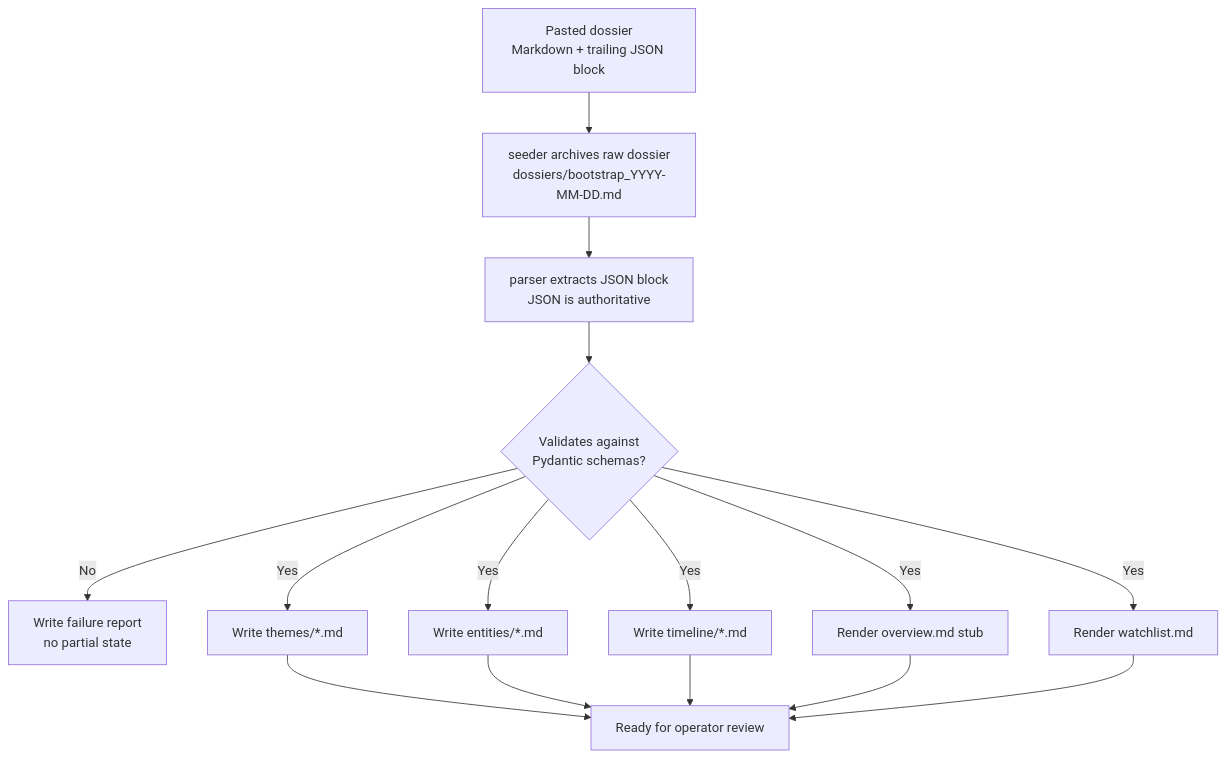
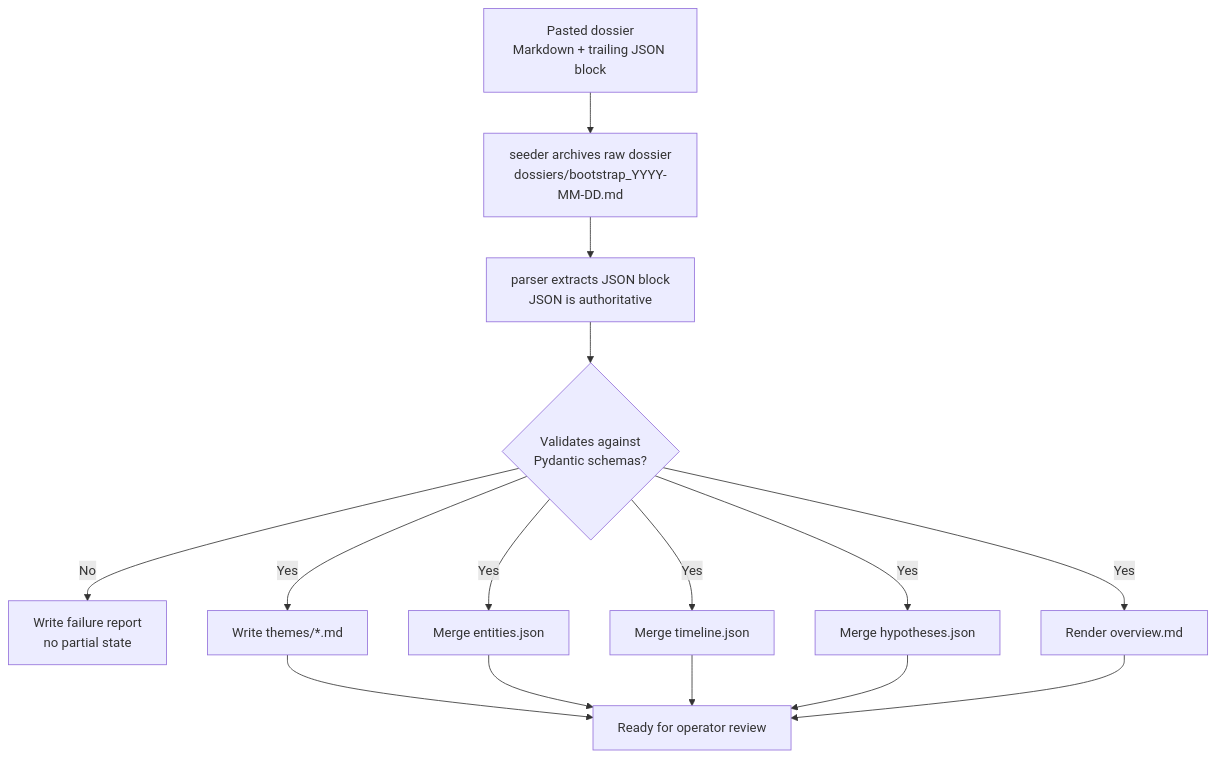
The diagram in docs/diagrams/bootstrap_parser_pipeline.md (jmamath/distill), drawn with Mermaid before and after one commit. The commit also changed 24 other files, not shown here.

````diff
--- a/docs/diagrams/bootstrap_parser_pipeline.md
+++ b/docs/diagrams/bootstrap_parser_pipeline.md
@@ -5,17 +5,17 @@
 ```mermaid
 flowchart TD
     A[Pasted dossier<br/>Markdown + trailing JSON block] --> B[seeder archives raw dossier<br/>dossiers/bootstrap_YYYY-MM-DD.md]
     B --> C[parser extracts JSON block<br/>JSON is authoritative]
     C --> D{Validates against<br/>Pydantic schemas?}
     D -->|No| E[Write failure report<br/>no partial state]
     D -->|Yes| F[Write themes/*.md]
-    D -->|Yes| G[Write entities/*.md]
-    D -->|Yes| H[Write timeline/*.md]
-    D -->|Yes| I[Render overview.md stub]
-    D -->|Yes| J[Render watchlist.md]
+    D -->|Yes| G[Merge entities.json]
+    D -->|Yes| H[Merge timeline.json]
+    D -->|Yes| I[Merge hypotheses.json]
+    D -->|Yes| J[Render overview.md]
     F --> K[Ready for operator review]
     G --> K
     H --> K
     I --> K
     J --> K
 ```
````
